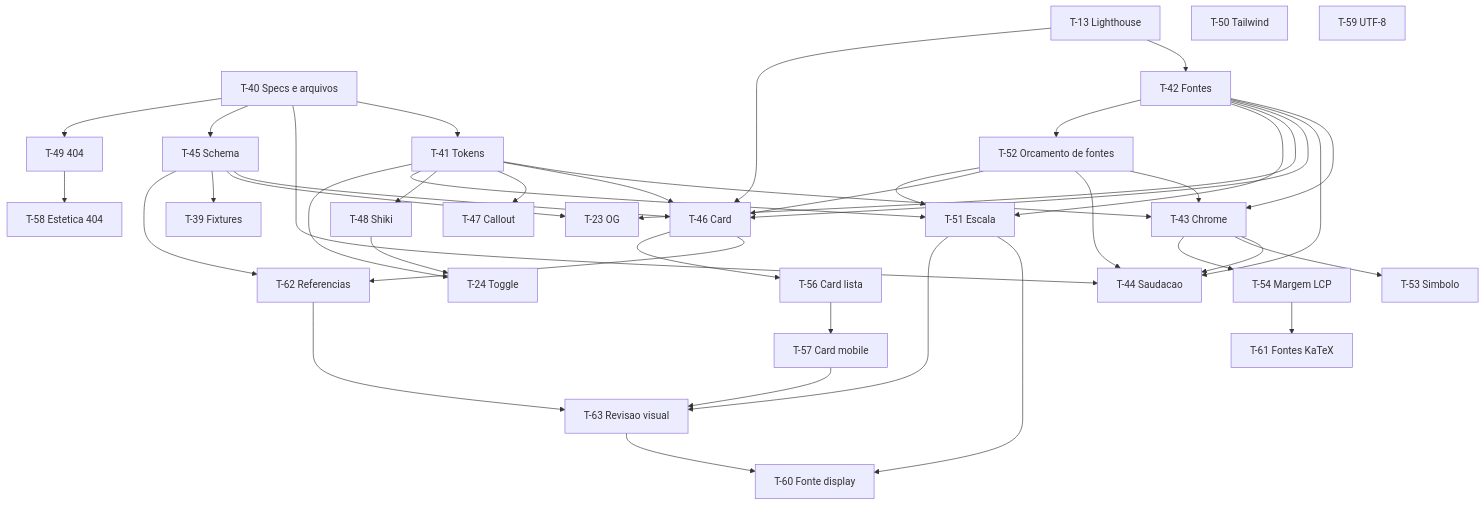
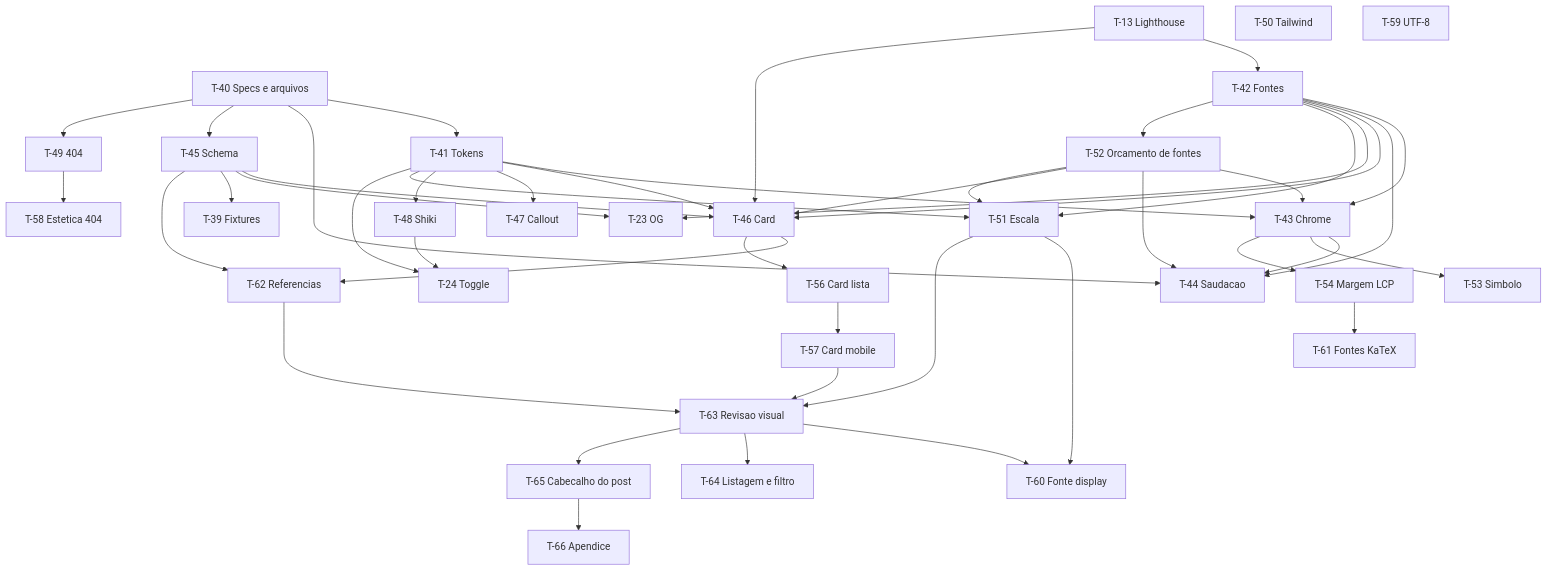
One commit to Pedroknoll/blog_pedro-knoll changed the second of 2 diagrams in specs/ROADMAP.md. Above: the diagram before and after it, drawn with Mermaid. The commit also changed other lines of this file and 2 other files, not shown here.

Commit message:
T-63 — revisão visual da listagem e do post [RF-02, RF-04, RF-05] (#40)

````diff
--- a/specs/ROADMAP.md
+++ b/specs/ROADMAP.md
@@ -86,70 +86,76 @@
 ```mermaid
 flowchart TD
   T40[T-40 Specs e arquivos]
   T41[T-41 Tokens]
   T13[T-13 Lighthouse]
   T42[T-42 Fontes]
   T51[T-51 Escala]
   T52[T-52 Orcamento de fontes]
   T43[T-43 Chrome]
   T44[T-44 Saudacao]
   T45[T-45 Schema]
   T46[T-46 Card]
   T47[T-47 Callout]
   T48[T-48 Shiki]
   T49[T-49 404]
   T50[T-50 Tailwind]
   T23[T-23 OG]
   T24[T-24 Toggle]
   T39[T-39 Fixtures]
   T53[T-53 Simbolo]
   T54[T-54 Margem LCP]
   T62[T-62 Referencias]
   T56[T-56 Card lista]
   T57[T-57 Card mobile]
   T58[T-58 Estetica 404]
   T59[T-59 UTF-8]
   T60[T-60 Fonte display]
   T61[T-61 Fontes KaTeX]
   T63[T-63 Revisao visual]
+  T64[T-64 Listagem e filtro]
+  T65[T-65 Cabecalho do post]
+  T66[T-66 Apendice]
   T40 --> T41
   T40 --> T44
   T40 --> T45
   T40 --> T49
   T13 --> T42
   T41 --> T43
   T42 --> T43
   T43 --> T44
   T42 --> T44
   T13 --> T46
   T41 --> T46
   T42 --> T46
   T45 --> T46
   T41 --> T47
   T41 --> T48
   T45 --> T23
   T42 --> T23
   T42 --> T51
   T41 --> T51
   T42 --> T52
   T52 --> T43
   T52 --> T44
   T52 --> T46
   T52 --> T51
   T45 --> T39
   T41 --> T24
   T48 --> T24
   T43 --> T53
   T43 --> T54
   T45 --> T62
   T46 --> T62
   T46 --> T56
   T56 --> T57
   T49 --> T58
   T51 --> T60
   T54 --> T61
   T51 --> T63
   T57 --> T63
   T62 --> T63
   T63 --> T60
+  T63 --> T64
+  T63 --> T65
+  T65 --> T66
 ```
````
